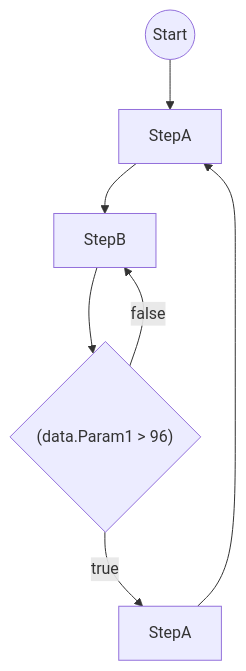
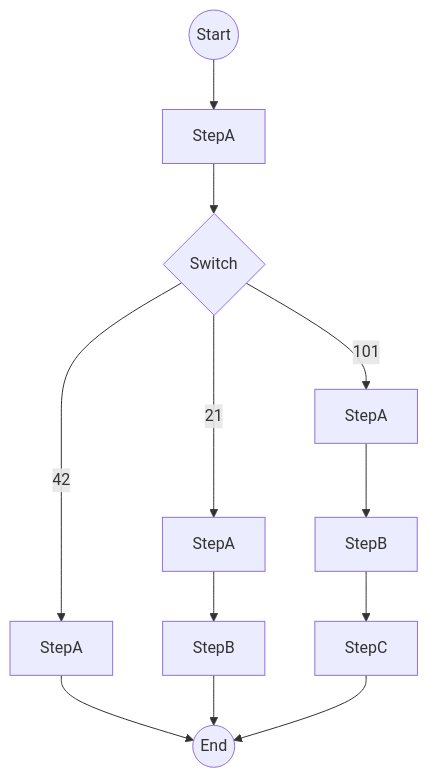
The diagram in src/WorkflowCoreFlowchart.Tests/flowchart.md (step-flow-platform/workflow-core-flowchart), drawn with Mermaid before and after one commit. The commit also changed 9 other files, not shown here.

````diff
--- a/src/WorkflowCoreFlowchart.Tests/flowchart.md
+++ b/src/WorkflowCoreFlowchart.Tests/flowchart.md
@@ -1,15 +1,26 @@
 ```mermaid
 flowchart TB
 startNode((Start))
 0[StepA]
-1[StepB]
-2{"(data.Param1 > 96)"}
+1{Switch}
 3[StepA]
+5[StepA]
+6[StepB]
+8[StepA]
+9[StepB]
+10[StepC]
+11((End))
 
 startNode --> 0
 0 --> 1
-1 --> 2
-2 -->|false| 1
-2 -->|true| 3
-3 --> 0
+1 -->|42| 3
+1 -->|21| 5
+1 -->|101| 8
+3 --> 11
+5 --> 6
+6 --> 11
+8 --> 9
+9 --> 10
+10 --> 11
+
 ```
````
